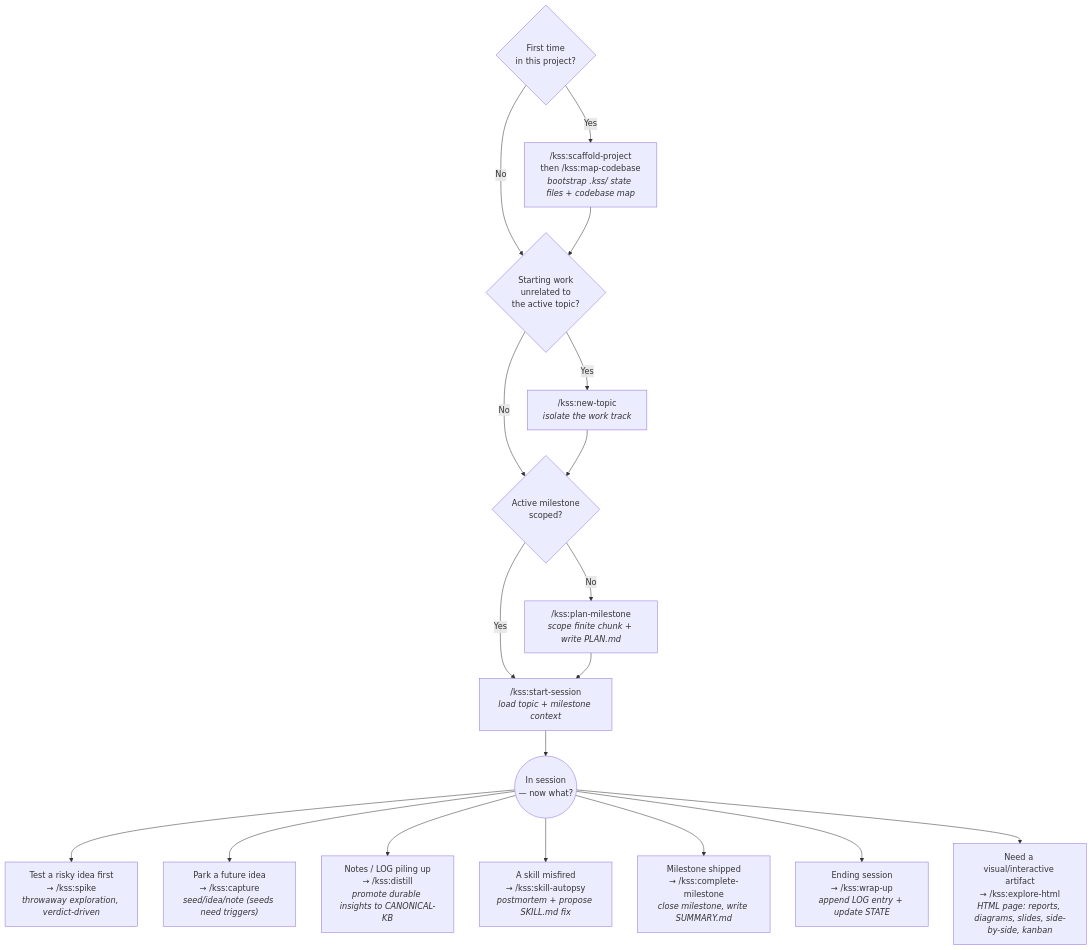
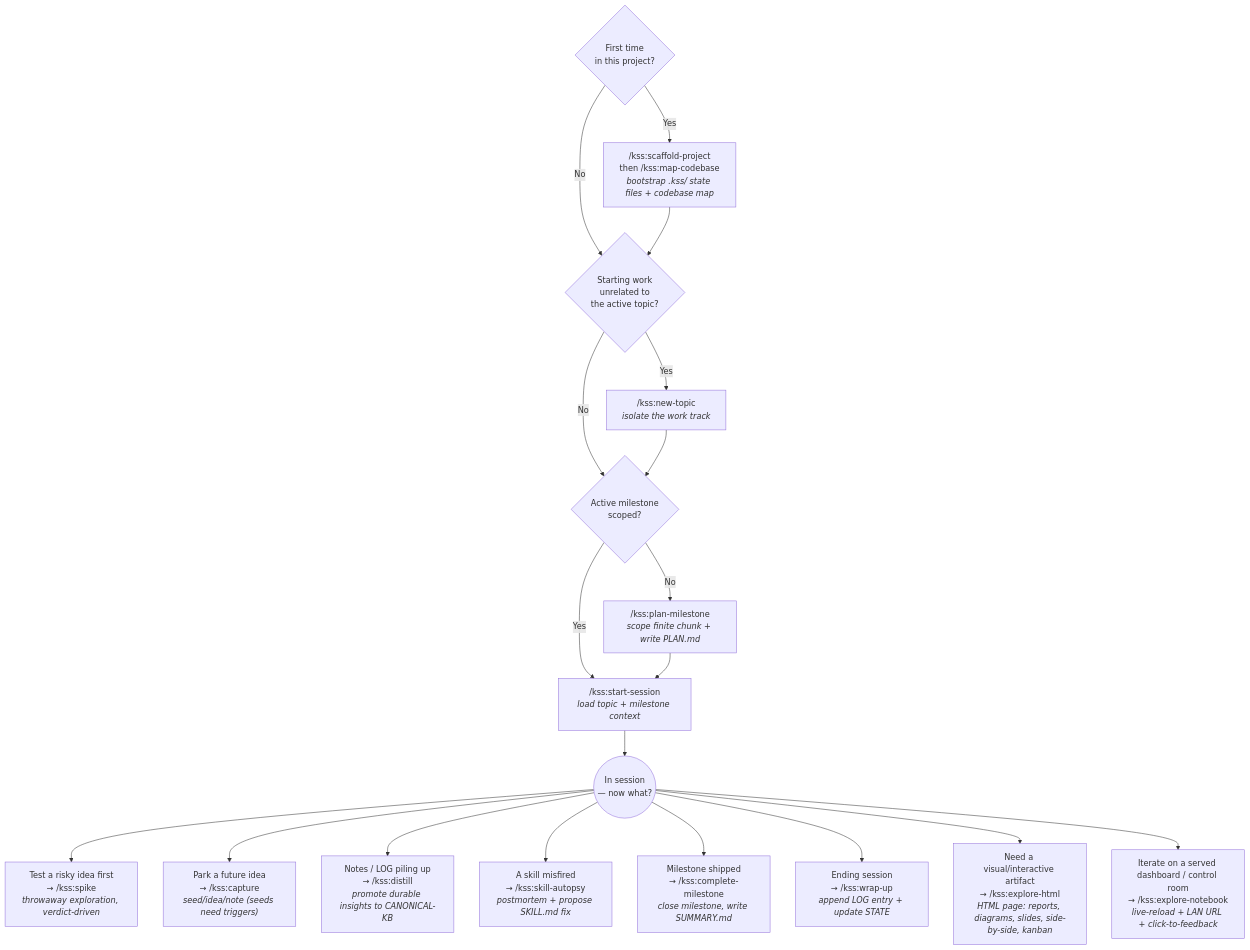
Before and after one commit to fnneves/kss-plugins: the diagram in plugins/kss/README.md, drawn with Mermaid. The commit also changed other lines of this file and 208 other files, not shown here.

First line of the commit message:
kss: v0.3.0 — add explore-notebook skill

````diff
--- a/plugins/kss/README.md
+++ b/plugins/kss/README.md
@@ -30,28 +31,29 @@
 ```mermaid
 flowchart TD
     Setup{"First time<br/>in this project?"}
     Setup -->|Yes| ScafMap["/kss:scaffold-project<br/>then /kss:map-codebase<br/><i>bootstrap .kss/ state files + codebase map</i>"]
     Setup -->|No| Topic{"Starting work<br/>unrelated to<br/>the active topic?"}
 
     ScafMap --> Topic
 
     Topic -->|Yes| NewT["/kss:new-topic<br/><i>isolate the work track</i>"]
     Topic -->|No| Mile{"Active milestone<br/>scoped?"}
 
     NewT --> Mile
 
     Mile -->|No| Plan["/kss:plan-milestone<br/><i>scope finite chunk + write PLAN.md</i>"]
     Mile -->|Yes| Sess["/kss:start-session<br/><i>load topic + milestone context</i>"]
 
     Plan --> Sess
 
     Sess --> Work(("In session<br/>— now what?"))
 
     Work --> W1["Test a risky idea first<br/>→ /kss:spike<br/><i>throwaway exploration, verdict-driven</i>"]
     Work --> W2["Park a future idea<br/>→ /kss:capture<br/><i>seed/idea/note (seeds need triggers)</i>"]
     Work --> W3["Notes / LOG piling up<br/>→ /kss:distill<br/><i>promote durable insights to CANONICAL-KB</i>"]
     Work --> W4["A skill misfired<br/>→ /kss:skill-autopsy<br/><i>postmortem + propose SKILL.md fix</i>"]
     Work --> W5["Milestone shipped<br/>→ /kss:complete-milestone<br/><i>close milestone, write SUMMARY.md</i>"]
     Work --> W6["Ending session<br/>→ /kss:wrap-up<br/><i>append LOG entry + update STATE</i>"]
     Work --> W7["Need a visual/interactive artifact<br/>→ /kss:explore-html<br/><i>HTML page: reports, diagrams, slides, side-by-side, kanban</i>"]
+    Work --> W8["Iterate on a served dashboard / control room<br/>→ /kss:explore-notebook<br/><i>live-reload + LAN URL + click-to-feedback</i>"]
 ```
````
